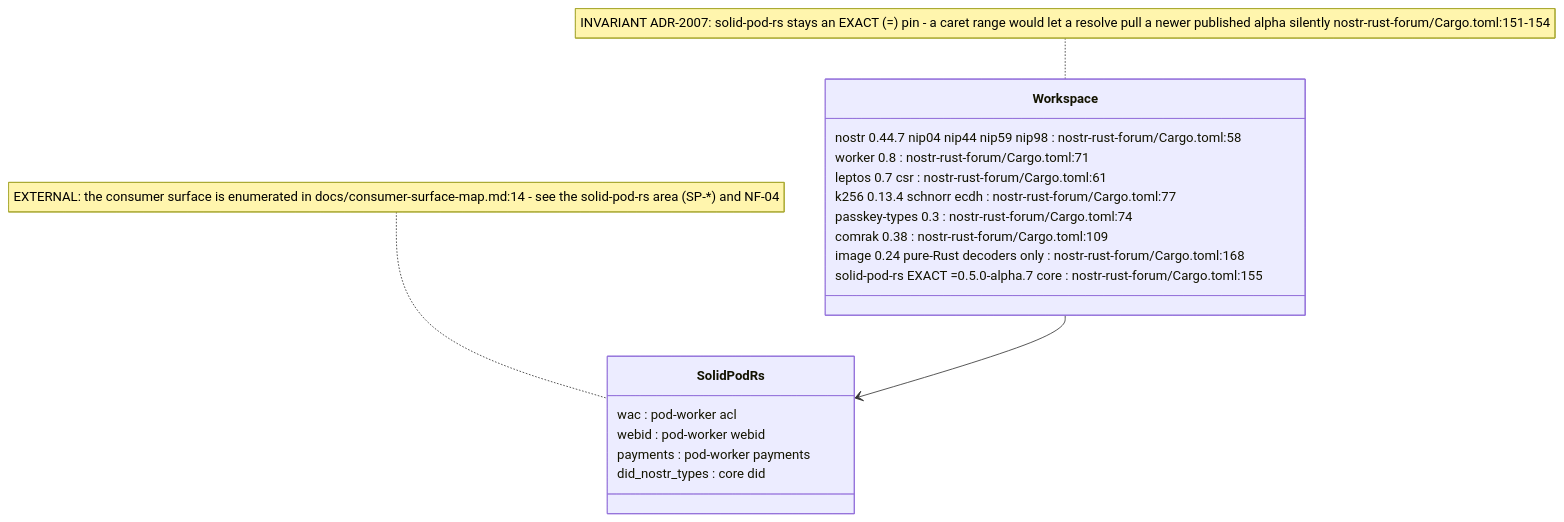
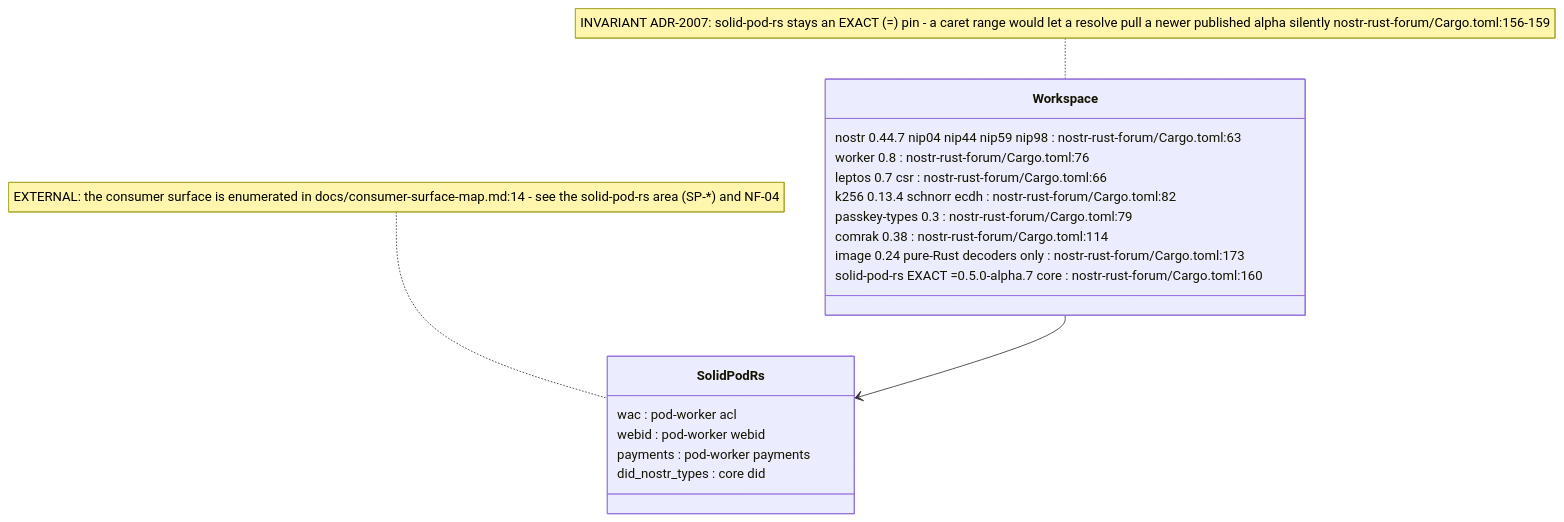
Before and after one commit to DreamLab-AI/VisionFlow: the fourth of 6 diagrams in docs/diagrams/nostr-rust-forum/01-workspace-and-worker-topology.md, drawn with Mermaid. The commit also changed other lines of this file and 136 other files, not shown here.

First line of the commit message:
docs(diagrams): refresh the whole corpus to code HEAD and prune low-value diagrams

````diff
--- a/docs/diagrams/nostr-rust-forum/01-workspace-and-worker-topology.md
+++ b/docs/diagrams/nostr-rust-forum/01-workspace-and-worker-topology.md
@@ -126,23 +138,23 @@
 ```mermaid
 classDiagram
     class Workspace {
-        nostr 0.44.7 nip04 nip44 nip59 nip98 : nostr-rust-forum/Cargo.toml:58
-        worker 0.8 : nostr-rust-forum/Cargo.toml:71
-        leptos 0.7 csr : nostr-rust-forum/Cargo.toml:61
-        k256 0.13.4 schnorr ecdh : nostr-rust-forum/Cargo.toml:77
-        passkey-types 0.3 : nostr-rust-forum/Cargo.toml:74
-        comrak 0.38 : nostr-rust-forum/Cargo.toml:109
-        image 0.24 pure-Rust decoders only : nostr-rust-forum/Cargo.toml:168
-        solid-pod-rs EXACT =0.5.0-alpha.7 core : nostr-rust-forum/Cargo.toml:155
+        nostr 0.44.7 nip04 nip44 nip59 nip98 : nostr-rust-forum/Cargo.toml:63
+        worker 0.8 : nostr-rust-forum/Cargo.toml:76
+        leptos 0.7 csr : nostr-rust-forum/Cargo.toml:66
+        k256 0.13.4 schnorr ecdh : nostr-rust-forum/Cargo.toml:82
+        passkey-types 0.3 : nostr-rust-forum/Cargo.toml:79
+        comrak 0.38 : nostr-rust-forum/Cargo.toml:114
+        image 0.24 pure-Rust decoders only : nostr-rust-forum/Cargo.toml:173
+        solid-pod-rs EXACT =0.5.0-alpha.7 core : nostr-rust-forum/Cargo.toml:160
     }
     class SolidPodRs {
         wac : pod-worker acl
         webid : pod-worker webid
         payments : pod-worker payments
         did_nostr_types : core did
     }
     Workspace --> SolidPodRs
 
-    note for Workspace "INVARIANT ADR-2007: solid-pod-rs stays an EXACT (=) pin - a caret range would let a resolve pull a newer published alpha silently nostr-rust-forum/Cargo.toml:151-154"
+    note for Workspace "INVARIANT ADR-2007: solid-pod-rs stays an EXACT (=) pin - a caret range would let a resolve pull a newer published alpha silently nostr-rust-forum/Cargo.toml:156-159"
     note for SolidPodRs "EXTERNAL: the consumer surface is enumerated in docs/consumer-surface-map.md:14 - see the solid-pod-rs area (SP-*) and NF-04"
 ```
````
